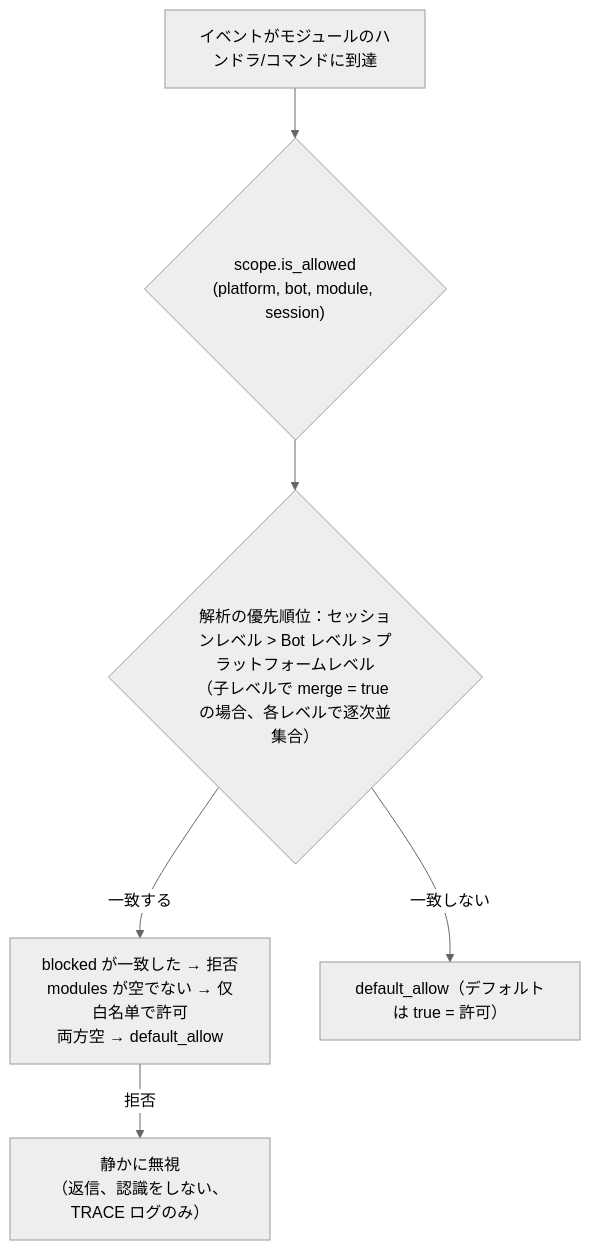
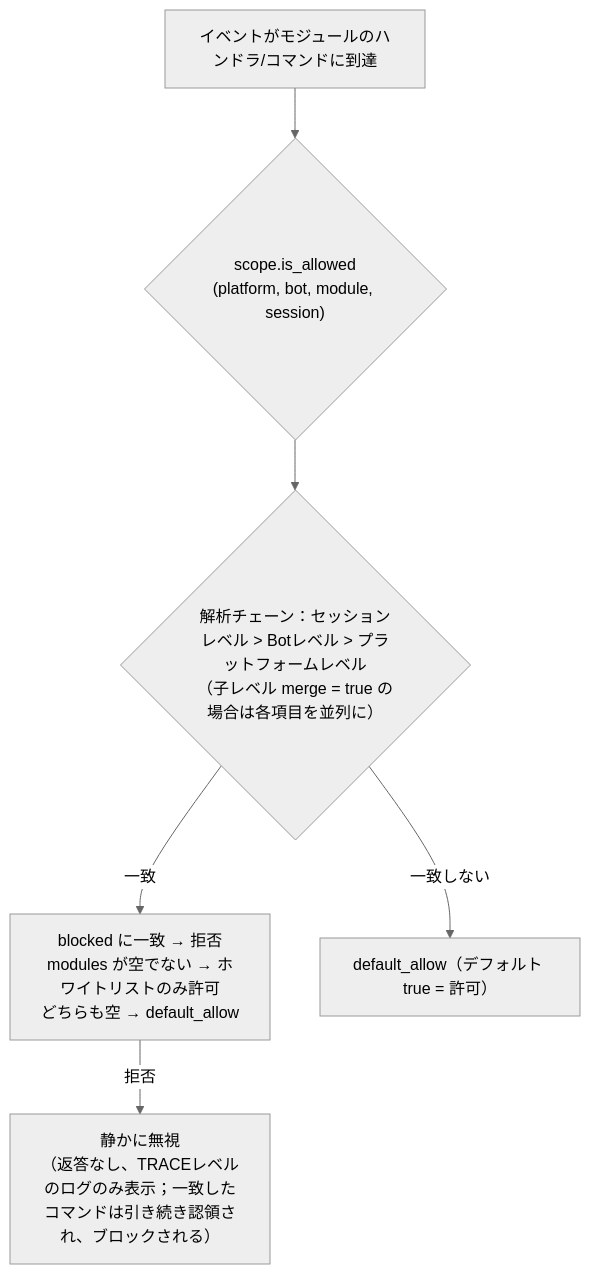
One commit to ErisPulse/ErisPulse changed the diagram in docs/ja/advanced/scope.md. Above: the diagram before and after it, drawn with Mermaid (neutral theme). The commit also changed other lines of this file and 23 other files, not shown here.

````diff
--- a/docs/ja/advanced/scope.md
+++ b/docs/ja/advanced/scope.md
@@ -93,8 +95,8 @@
 ```mermaid
 flowchart TD
     A["イベントがモジュールのハンドラ/コマンドに到達"] --> B{"scope.is_allowed<br/>(platform, bot, module, session)"}
-    B --> C{"解析の優先順位：セッションレベル > Bot レベル > プラットフォームレベル<br/>（子レベルで merge = true の場合、各レベルで逐次並集合）"}
-    C -->|"一致する"| D["blocked が一致した → 拒否<br/>modules が空でない → 仅白名单で許可<br/>両方空 → default_allow"]
-    C -->|"一致しない"| E["default_allow（デフォルトは true = 許可）"]
-    D -->|"拒否"| Z["静かに無視<br/>（返信、認識をしない、TRACE ログのみ）"]
+    B --> C{"解析チェーン：セッションレベル > Botレベル > プラットフォームレベル<br/>（子レベル merge = true の場合は各項目を並列に）"}
+    C -->|"一致"| D["blocked に一致 → 拒否<br/>modules が空でない → ホワイトリストのみ許可<br/>どちらも空 → default_allow"]
+    C -->|"一致しない"| E["default_allow（デフォルト true = 許可）"]
+    D -->|"拒否"| Z["静かに無視<br/>（返答なし、TRACEレベルのログのみ表示；一致したコマンドは引き続き認領され、ブロックされる）"]
 ```
````
